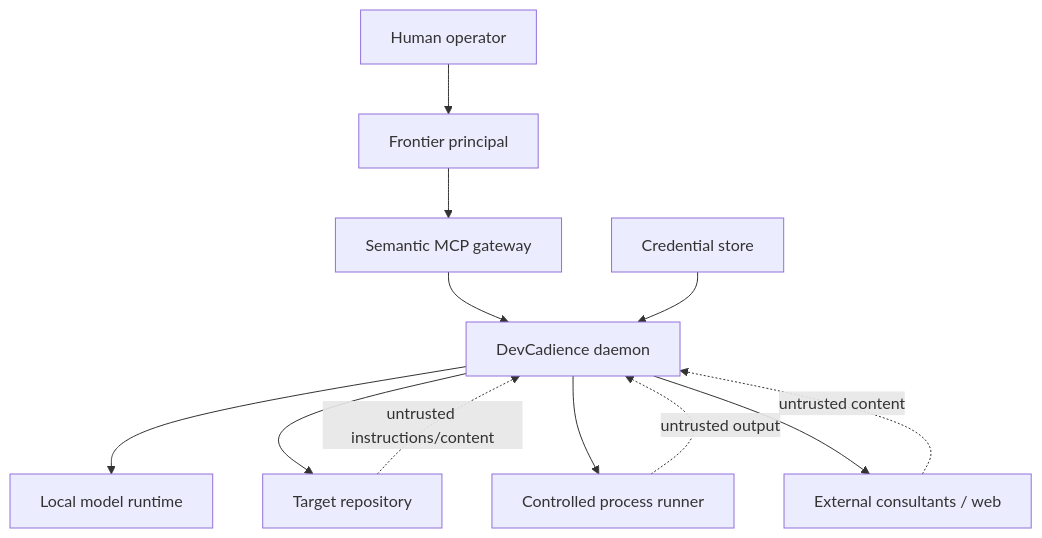
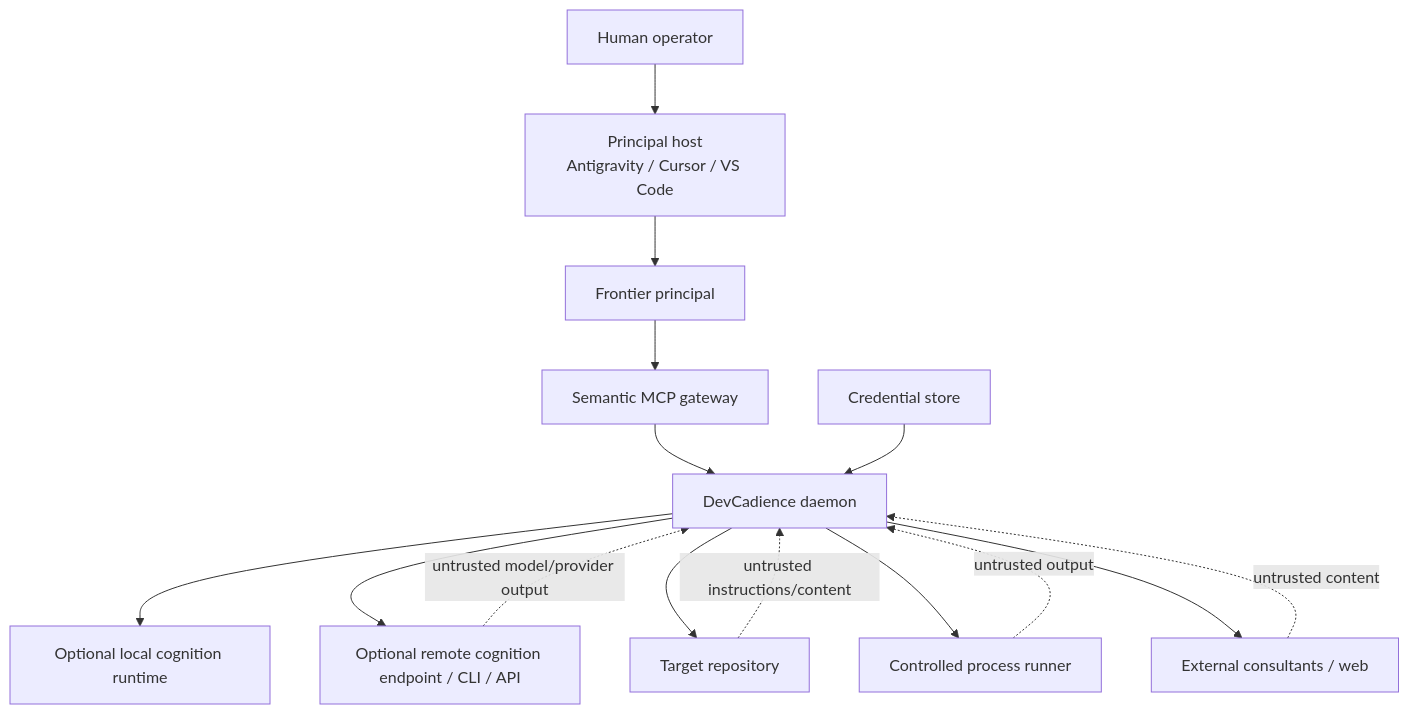
One commit to olostan/DevCadence changed the first of 3 diagrams in docs/SECURITY.md. Above: the diagram before and after it, drawn with Mermaid. The commit also changed other lines of this file, not shown here.

Commit message:
docs: reconcile security boundaries with local and remote cognition

````diff
--- a/docs/SECURITY.md
+++ b/docs/SECURITY.md
@@ -9,25 +9,30 @@
 ```mermaid
 flowchart TB
     Human["Human operator"]
+    Host["Principal host<br/>Antigravity / Cursor / VS Code"]
     Principal["Frontier principal"]
     MCP["Semantic MCP gateway"]
     Daemon["DevCadience daemon"]
-    Local["Local model runtime"]
+    Local["Optional local cognition runtime"]
+    Remote["Optional remote cognition endpoint / CLI / API"]
     Repo["Target repository"]
     Shell["Controlled process runner"]
     External["External consultants / web"]
     Secrets["Credential store"]
 
-    Human --> Principal
+    Human --> Host
+    Host --> Principal
     Principal --> MCP
     MCP --> Daemon
     Daemon --> Local
+    Daemon --> Remote
     Daemon --> Repo
     Daemon --> Shell
     Daemon --> External
     Secrets --> Daemon
 
+    Remote -. untrusted model/provider output .-> Daemon
     External -. untrusted content .-> Daemon
     Repo -. untrusted instructions/content .-> Daemon
     Shell -. untrusted output .-> Daemon
 ```
````
